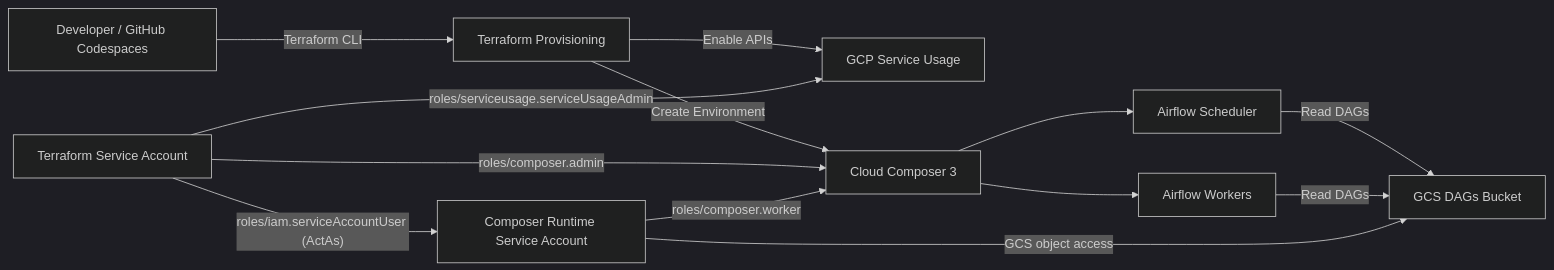
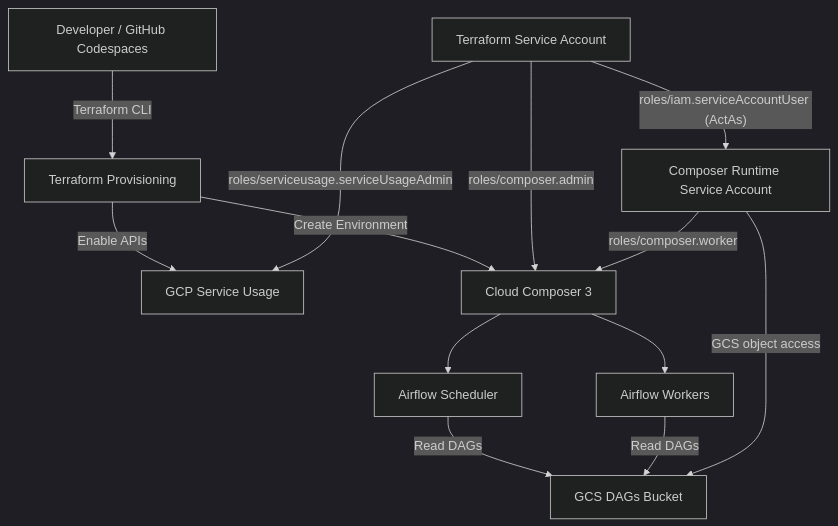
One commit to subhamay-bhattacharyya/cloud-composer-etl-pipelines changed the diagram in README.md. Above: the diagram before and after it, drawn with Mermaid (dark theme).

Commit message:
fix: Update flowchart direction in README for clarity

````diff
--- a/README.md
+++ b/README.md
@@ -64,19 +64,19 @@
 ```mermaid
-flowchart LR
+flowchart TD
     A[Developer / GitHub Codespaces] -->|Terraform CLI| B[Terraform Provisioning]
     B -->|Enable APIs| C[GCP Service Usage]
     B -->|Create Environment| D[Cloud Composer 3]
 
     D --> E[Airflow Scheduler]
     D --> F[Airflow Workers]
 
     E -->|Read DAGs| G[GCS DAGs Bucket]
     F -->|Read DAGs| G
 
     H[Terraform Service Account] -->|roles/composer.admin| D
     H[Terraform Service Account] -->|roles/serviceusage.serviceUsageAdmin| C
     H[Terraform Service Account] -->|"roles/iam.serviceAccountUser (ActAs)"| I[Composer Runtime Service Account]
 
     I -->|roles/composer.worker| D
     I -->|GCS object access| G
 ```
````
